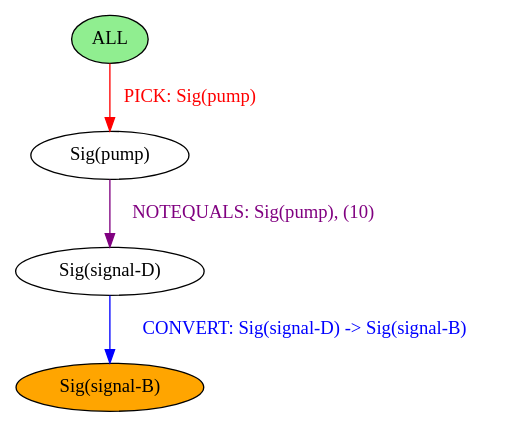
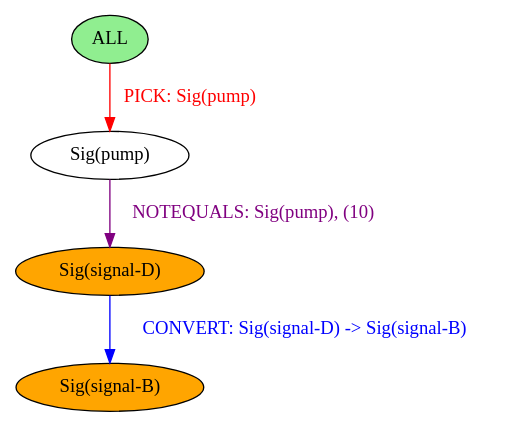
The diagram in chef/example_outputs/booleans.dot (BalderHolst/chef), drawn with Graphviz before and after one commit. The commit also changed 10 other files, not shown here.

Commit message:
Update and check new compiled dot graphs

```diff
--- a/chef/example_outputs/booleans.dot
+++ b/chef/example_outputs/booleans.dot
@@ -1,10 +1,10 @@
 strict digraph {
 	nodesep=1
-	7	[style=filled fillcolor=orange label="Sig(signal-B)"]
-	6	[style=filled fillcolor=white label="Sig(signal-D)"]
+	5	[style=filled fillcolor=orange label="Sig(signal-D)"]
+	6	[style=filled fillcolor=orange label="Sig(signal-B)"]
 	0	[style=filled fillcolor=lightgreen label="ALL"]
 	3	[style=filled fillcolor=white label="Sig(pump)"]
-	6 -> 7	[label="CONVERT: Sig(signal-D) -> Sig(signal-B)" color=blue fontcolor=blue]
+	5 -> 6	[label="CONVERT: Sig(signal-D) -> Sig(signal-B)" color=blue fontcolor=blue]
 	0 -> 3	[label="PICK: Sig(pump)" color=red fontcolor=red]
-	3 -> 6	[label="NOTEQUALS: Sig(pump), (10)" color=purple fontcolor=purple]
+	3 -> 5	[label="NOTEQUALS: Sig(pump), (10)" color=purple fontcolor=purple]
 }
```
